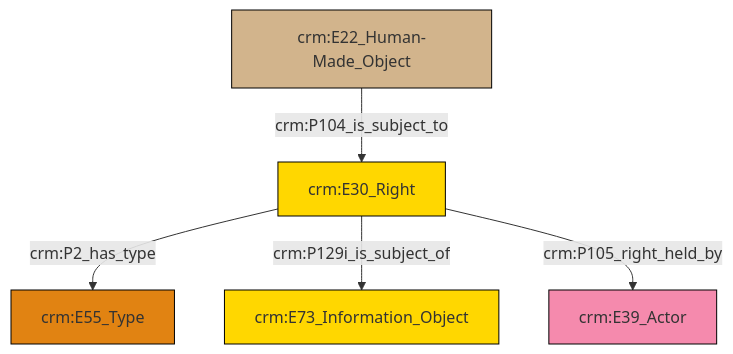
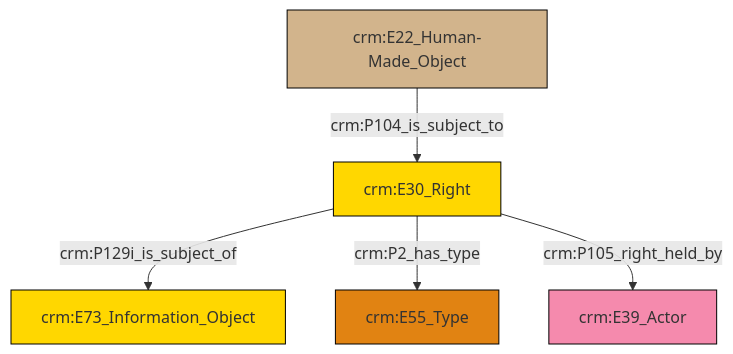
The diagram in et/carrierCSV/ttl/mmd/carrier_rights.ttl.mmd (swiss-art-research-net/docs.swissartresearch), drawn with Mermaid before and after one commit. The commit also changed 177 other files, not shown here.

```diff
--- a/et/carrierCSV/ttl/mmd/carrier_rights.ttl.mmd
+++ b/et/carrierCSV/ttl/mmd/carrier_rights.ttl.mmd
@@ -1,19 +1,19 @@
 graph TD
 classDef Literal fill:#f2f2f2,stroke:#000000;
 classDef CRM_Entity fill:#FFFFFF,stroke:#000000;
 classDef Temporal_Entity fill:#00C9E6, stroke:#000000;
 classDef Type fill:#E18312, stroke:#000000;
 classDef Time-Span fill:#2C9C91, stroke:#000000;
 classDef Appellation fill:#FFEB7F, stroke:#000000;
 classDef Place fill:#008836, stroke:#000000;
 classDef Persistent_Item fill:#B266B2, stroke:#000000;
 classDef Conceptual_Object fill:#FFD700, stroke:#000000;
 classDef Physical_Thing fill:#D2B48C, stroke:#000000;
 classDef Actor fill:#f58aad, stroke:#000000;
 classDef PC_Classes fill:#4ce600, stroke:#000000;
 classDef Multi fill:#cccccc,stroke:#000000;
 
-0["crm:E30_Right"]:::Conceptual_Object -->|crm:P2_has_type| 1["crm:E55_Type"]:::Type
-0["crm:E30_Right"]:::Conceptual_Object -->|crm:P129i_is_subject_of| 4["crm:E73_Information_Object"]:::Conceptual_Object
-0["crm:E30_Right"]:::Conceptual_Object -->|crm:P105_right_held_by| 5["crm:E39_Actor"]:::Actor
 2["crm:E22_Human-Made_Object"]:::Physical_Thing -->|crm:P104_is_subject_to| 0["crm:E30_Right"]:::Conceptual_Object
+0["crm:E30_Right"]:::Conceptual_Object -->|crm:P129i_is_subject_of| 8["crm:E73_Information_Object"]:::Conceptual_Object
+0["crm:E30_Right"]:::Conceptual_Object -->|crm:P2_has_type| 3["crm:E55_Type"]:::Type
+0["crm:E30_Right"]:::Conceptual_Object -->|crm:P105_right_held_by| 6["crm:E39_Actor"]:::Actor
```
